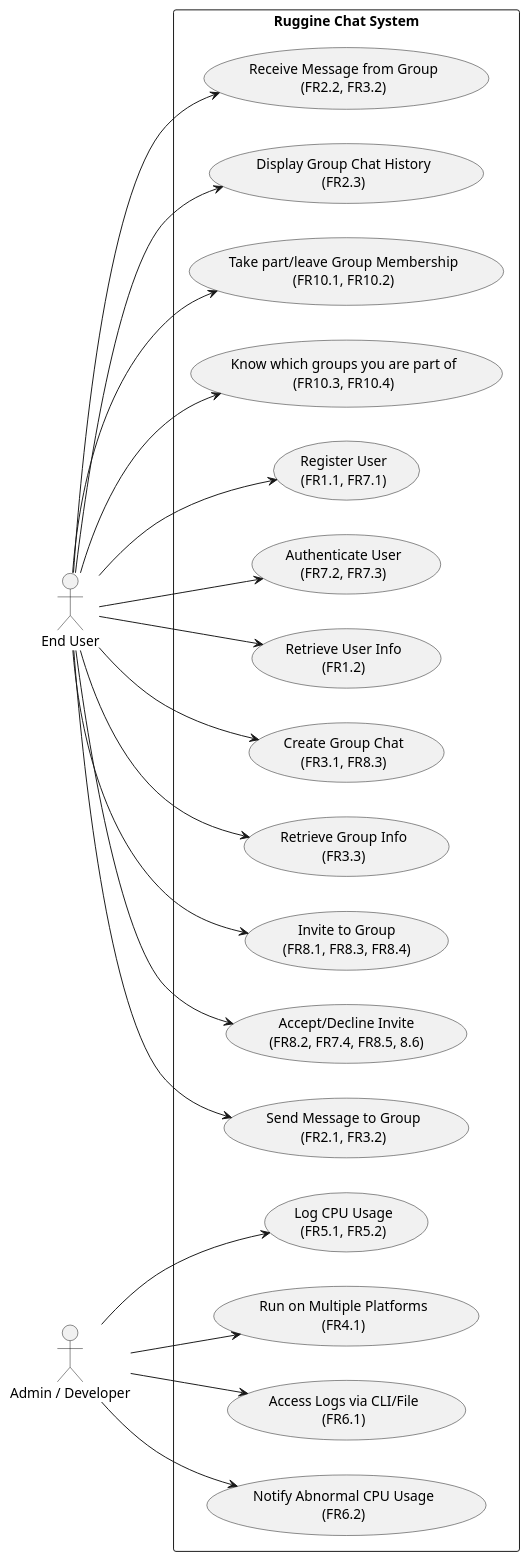
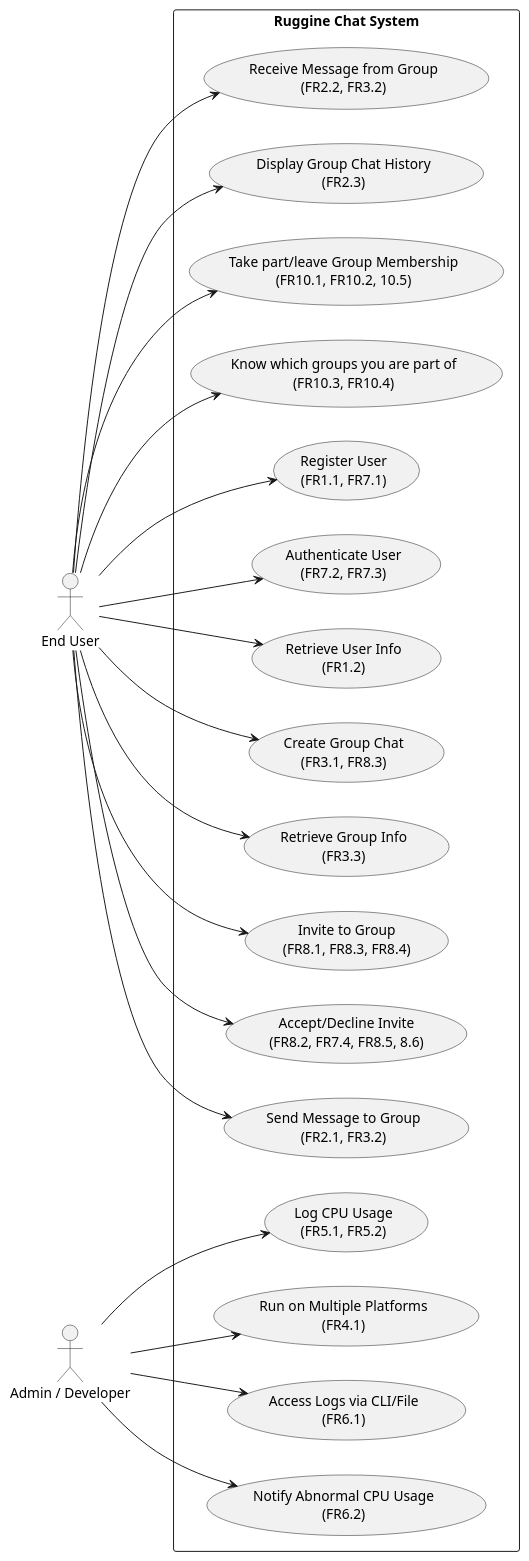
One commit to Enric0-Balb0/ruggine-chat changed the second of 5 diagrams in doc/requirements.md. Above: the diagram before and after it, drawn with PlantUML. The commit also changed other lines of this file and 64 other files, not shown here.

Commit message:
Fixing group membership logic

````diff
--- a/doc/requirements.md
+++ b/doc/requirements.md
@@ -163,55 +164,55 @@
 ```plantuml
 @startuml
 left to right direction
 
 actor "End User" as User
 actor "Admin / Developer" as AdminDev
 
 rectangle "Ruggine Chat System" {
   
   usecase "Register User\n(FR1.1, FR7.1)" as UC_Register
   usecase "Authenticate User\n(FR7.2, FR7.3)" as UC_Auth
   usecase "Retrieve User Info\n(FR1.2)" as UC_RetrieveUser
 
   usecase "Create Group Chat\n(FR3.1, FR8.3)" as UC_CreateGroup
   usecase "Retrieve Group Info\n(FR3.3)" as UC_RetrieveGroup
   usecase "Invite to Group\n(FR8.1, FR8.3, FR8.4)" as UC_InviteGroup
   usecase "Accept/Decline Invite\n(FR8.2, FR7.4, FR8.5, 8.6)" as UC_InviteResponse
   
   usecase "Send Message to Group\n(FR2.1, FR3.2)" as UC_SendMsg
   usecase "Receive Message from Group\n(FR2.2, FR3.2)" as UC_ReceiveMsg
   usecase "Display Group Chat History\n(FR2.3)" as UC_DisplayHistory
   
   usecase "Access Logs via CLI/File\n(FR6.1)" as UC_AccessLogs
   usecase "Notify Abnormal CPU Usage\n(FR6.2)" as UC_NotifyCPU
   
   usecase "Log CPU Usage\n(FR5.1, FR5.2)" as UC_LogCPU
   usecase "Run on Multiple Platforms\n(FR4.1)" as UC_CrossPlatform
 
-  usecase "Take part/leave Group Membership\n(FR10.1, FR10.2)" as UC_ManageGroup
+  usecase "Take part/leave Group Membership\n(FR10.1, FR10.2, 10.5)" as UC_ManageGroup
 
   usecase "Know which groups you are part of\n(FR10.3, FR10.4)" as UC_PartOfGroup
 }
 
 User --> UC_Register
 User --> UC_Auth
 User --> UC_RetrieveUser
 User --> UC_CreateGroup
 User --> UC_InviteGroup
 User --> UC_InviteResponse
 User --> UC_SendMsg
 User --> UC_ReceiveMsg
 User --> UC_DisplayHistory
 User --> UC_RetrieveGroup
 User --> UC_ManageGroup
 User --> UC_PartOfGroup
 
 AdminDev --> UC_AccessLogs
 AdminDev --> UC_NotifyCPU
 AdminDev --> UC_LogCPU
 AdminDev --> UC_CrossPlatform
 
 @enduml
 
 
 ```
````
